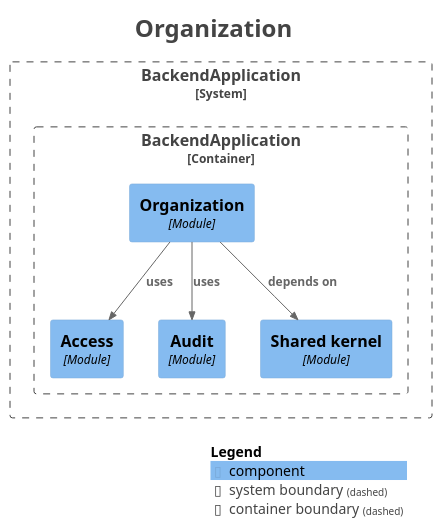
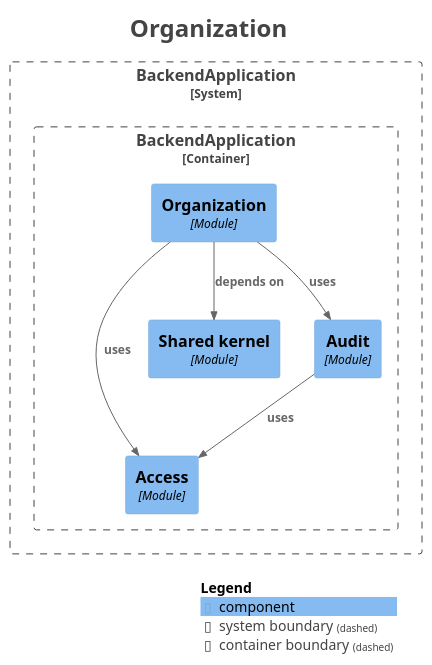
The diagram in docs/architecture/modules/module-organization.puml (fxavier/restaurantePRO), drawn with PlantUML before and after one commit. The commit also changed 23 other files, not shown here.

First line of the commit message:
docs(architecture): regenerate the module documentation for R2

```diff
--- a/docs/architecture/modules/module-organization.puml
+++ b/docs/architecture/modules/module-organization.puml
@@ -1,34 +1,35 @@
 @startuml
 title <size:24>Organization</size>
 
 set separator none
 top to bottom direction
 
 <style>
   root {
     BackgroundColor: #ffffff
     FontColor: #444444
   }
 </style>
 
 !include <C4/C4>
 !include <C4/C4_Context>
 !include <C4/C4_Component>
 
 System_Boundary("BackendApplication_boundary", "BackendApplication", $tags="") {
   Container_Boundary("BackendApplication.BackendApplication_boundary", "BackendApplication", $tags="") {
     Component(BackendApplication.BackendApplication.Access, "Access", $techn="Module", $descr="", $tags="", $link="")
+    Component(BackendApplication.BackendApplication.Sharedkernel, "Shared kernel", $techn="Module", $descr="", $tags="", $link="")
     Component(BackendApplication.BackendApplication.Audit, "Audit", $techn="Module", $descr="", $tags="", $link="")
-    Component(BackendApplication.BackendApplication.Sharedkernel, "Shared kernel", $techn="Module", $descr="", $tags="", $link="")
     Component(BackendApplication.BackendApplication.Organization, "Organization", $techn="Module", $descr="", $tags="", $link="")
   }
 
 }
 
+Rel(BackendApplication.BackendApplication.Audit, BackendApplication.BackendApplication.Access, "uses", $techn="", $tags="", $link="")
 Rel(BackendApplication.BackendApplication.Organization, BackendApplication.BackendApplication.Sharedkernel, "depends on", $techn="", $tags="", $link="")
 Rel(BackendApplication.BackendApplication.Organization, BackendApplication.BackendApplication.Audit, "uses", $techn="", $tags="", $link="")
 Rel(BackendApplication.BackendApplication.Organization, BackendApplication.BackendApplication.Access, "uses", $techn="", $tags="", $link="")
 
 SHOW_LEGEND(true)
 hide stereotypes
 @enduml
```
